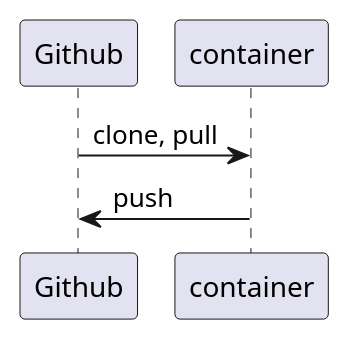
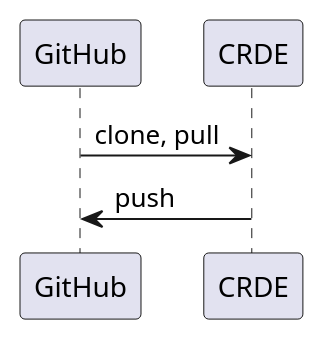
Before and after one commit to CRUSTDE-ContainerizedRustDevEnv/windows_reinstall: the first of 4 diagrams in README.md, drawn with PlantUML. The commit also changed other lines of this file and 8 other files, not shown here.

````diff
--- a/README.md
+++ b/README.md
@@ -35,6 +62,6 @@
 ```plantuml
 @startuml
-Github -> container: clone, pull
-container -> Github: push
+GitHub -> CRDE: clone, pull
+CRDE -> GitHub: push
 @enduml
 ```
````
